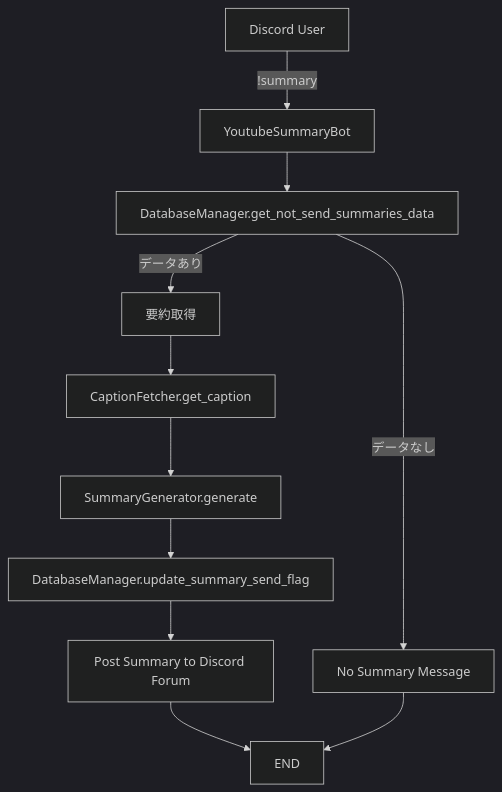
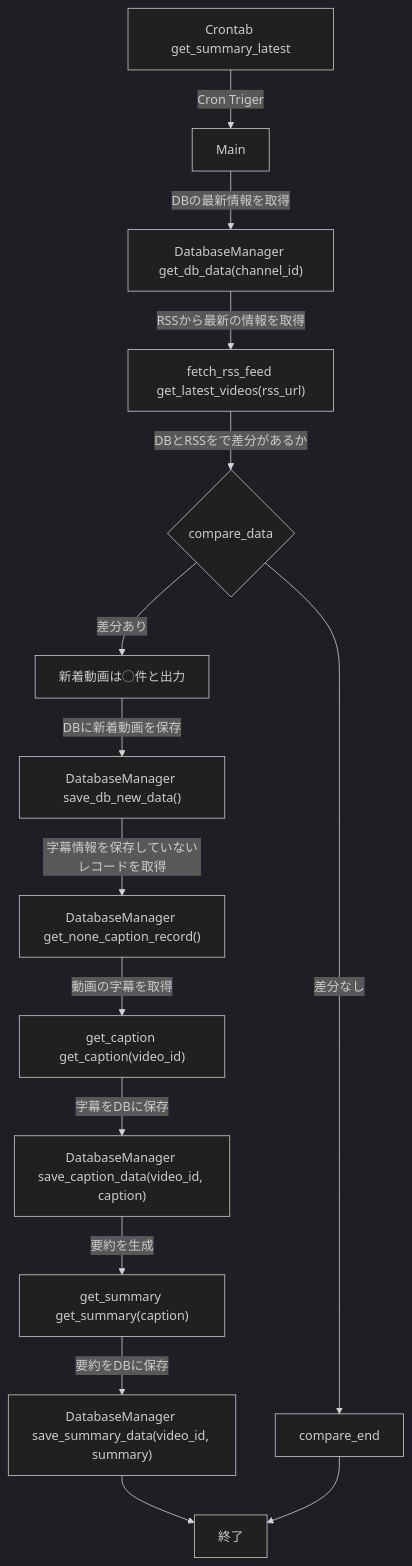
One commit to hoshimins/youtube_summary_bot changed the first of 3 diagrams in document/flowchart.md. Above: the diagram before and after it, drawn with Mermaid (dark theme). The commit also changed other lines of this file, not shown here.

````diff
--- a/document/flowchart.md
+++ b/document/flowchart.md
@@ -1,19 +4,21 @@
 ```mermaid
 graph TD
 
-User["Discord User"] -->|!summary| Bot["YoutubeSummaryBot"]
+Cron["Crontab get_summary_latest"] -->|Cron Triger| YoutubeSummaryFeed["Main"]
+YoutubeSummaryFeed --> |DBの最新情報を取得| DB["DatabaseManager get_db_data(channel_id)"]
+DB --> |RSSから最新の情報を取得| RSS["fetch_rss_feed get_latest_videos(rss_url)"]
+RSS --> |DBとRSSをで差分があるか|compare{"compare_data"}
 
-Bot --> DB["DatabaseManager.get_not_send_summaries_data"]
-DB -->|データあり| SummaryFound["要約取得"]
-DB -->|データなし| NoSummary["No Summary Message"]
+compare -->|差分あり| NewDataFound["新着動画は◯件と出力"]
+NewDataFound --> |DBに新着動画を保存| DBUpdateNewData["DatabaseManager save_db_new_data()"]
+DBUpdateNewData --> |字幕情報を保存していないレコードを取得| GetNoCaptionRecord["DatabaseManager get_none_caption_record()"]
+GetNoCaptionRecord --> |動画の字幕を取得| CaptionFetcher["get_caption get_caption(video_id)"]
+CaptionFetcher --> |字幕をDBに保存| DBUpdateCaption["DatabaseManager save_caption_data(video_id, caption)"]
+DBUpdateCaption --> |要約を生成| SummaryGenerator["get_summary get_summary(caption)"]
+SummaryGenerator --> |要約をDBに保存| DBUpdateSummary["DatabaseManager save_summary_data(video_id, summary)"]
+DBUpdateSummary --> End["終了"]
 
-SummaryFound --> CaptionFetcher["CaptionFetcher.get_caption"]
-CaptionFetcher --> SummaryGenerator["SummaryGenerator.generate"]
 
-SummaryGenerator --> DBUpdate["DatabaseManager.update_summary_send_flag"]
-DBUpdate --> PostSummary["Post Summary to Discord Forum"]
-PostSummary --> End["END"]
 
-NoSummary --> End
-
+compare --> |差分なし| compare_end --> End 
 ```
````
